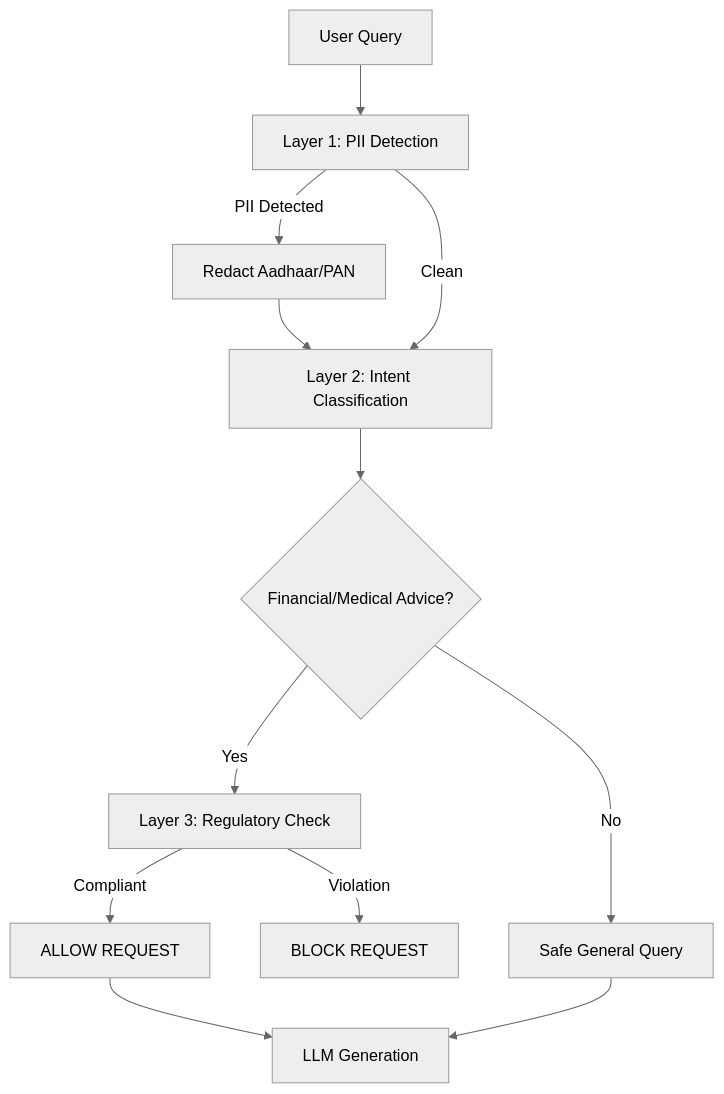
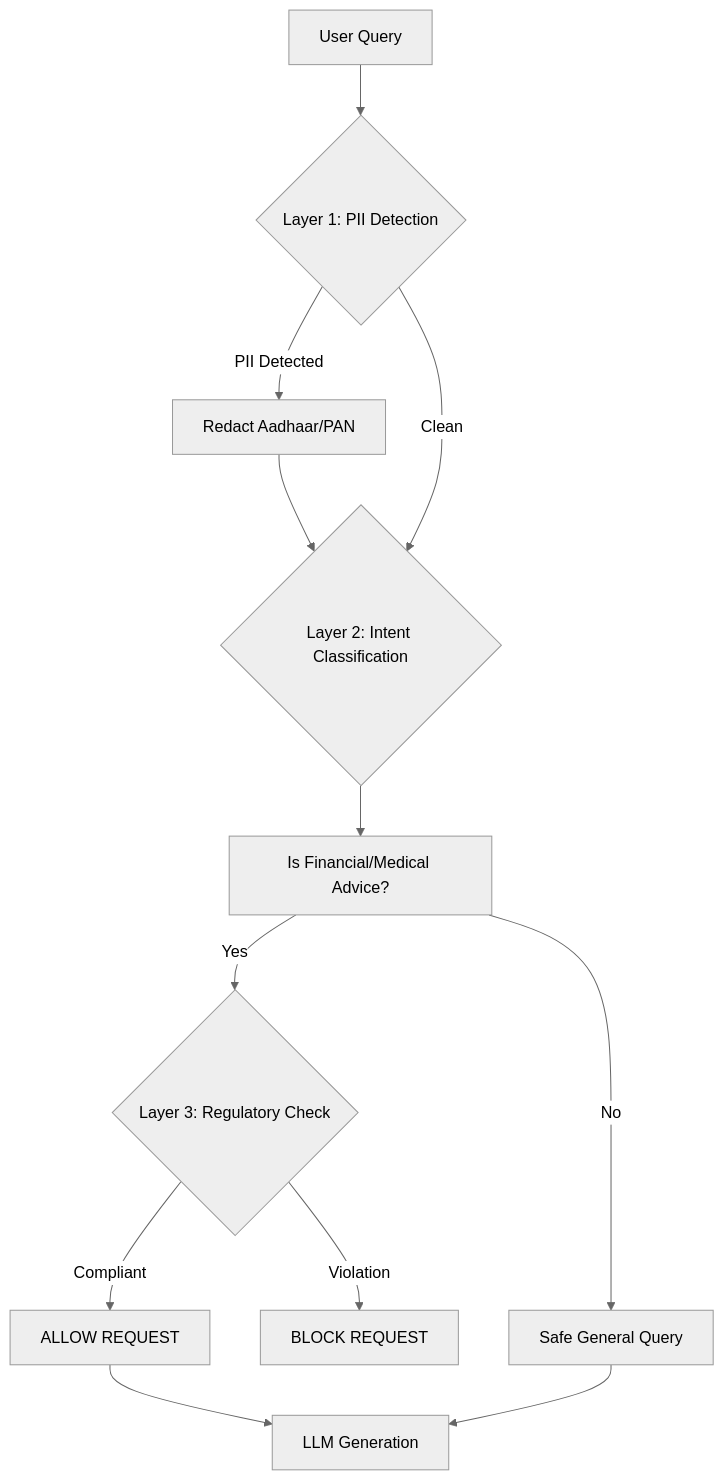
The diagram in REQUIREMENTS.md (Alkur123/india-ai-safety-and-governance-engine), drawn with Mermaid (neutral theme) before and after one commit. The commit also changed other lines of this file, not shown here.

````diff
--- a/REQUIREMENTS.md
+++ b/REQUIREMENTS.md
@@ -38,14 +45,14 @@
 ```mermaid
 graph TD
-    A[User Query] --> B[Layer 1: PII Detection]
-    B -->|PII Detected| C[Redact Aadhaar/PAN]
-    C --> D[Layer 2: Intent Classification]
-    B -->|Clean| D
-    D --> E{Financial/Medical Advice?}
-    E -->|Yes| F[Layer 3: Regulatory Check]
-    E -->|No| G[Safe General Query]
-    F -->|Violation| H[BLOCK REQUEST]
-    F -->|Compliant| I[ALLOW REQUEST]
+    A[User Query] --> B{Layer 1: PII Detection}
+    B -- PII Detected --> C[Redact Aadhaar/PAN]
+    C --> D{Layer 2: Intent Classification}
+    B -- Clean --> D
+    D --> E[Is Financial/Medical Advice?]
+    E -- Yes --> F{Layer 3: Regulatory Check}
+    E -- No --> G[Safe General Query]
+    F -- Violation --> H[BLOCK REQUEST]
+    F -- Compliant --> I[ALLOW REQUEST]
     I --> J[LLM Generation]
     G --> J
 ```
````
